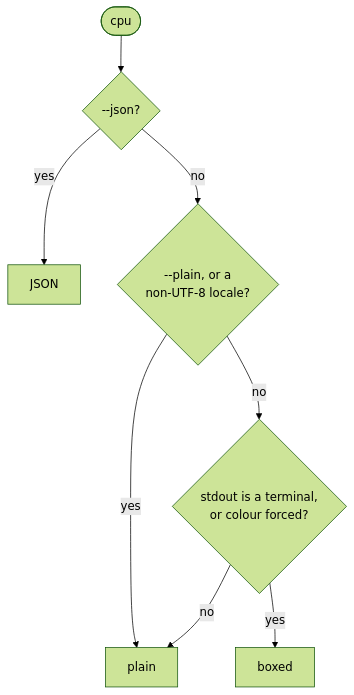
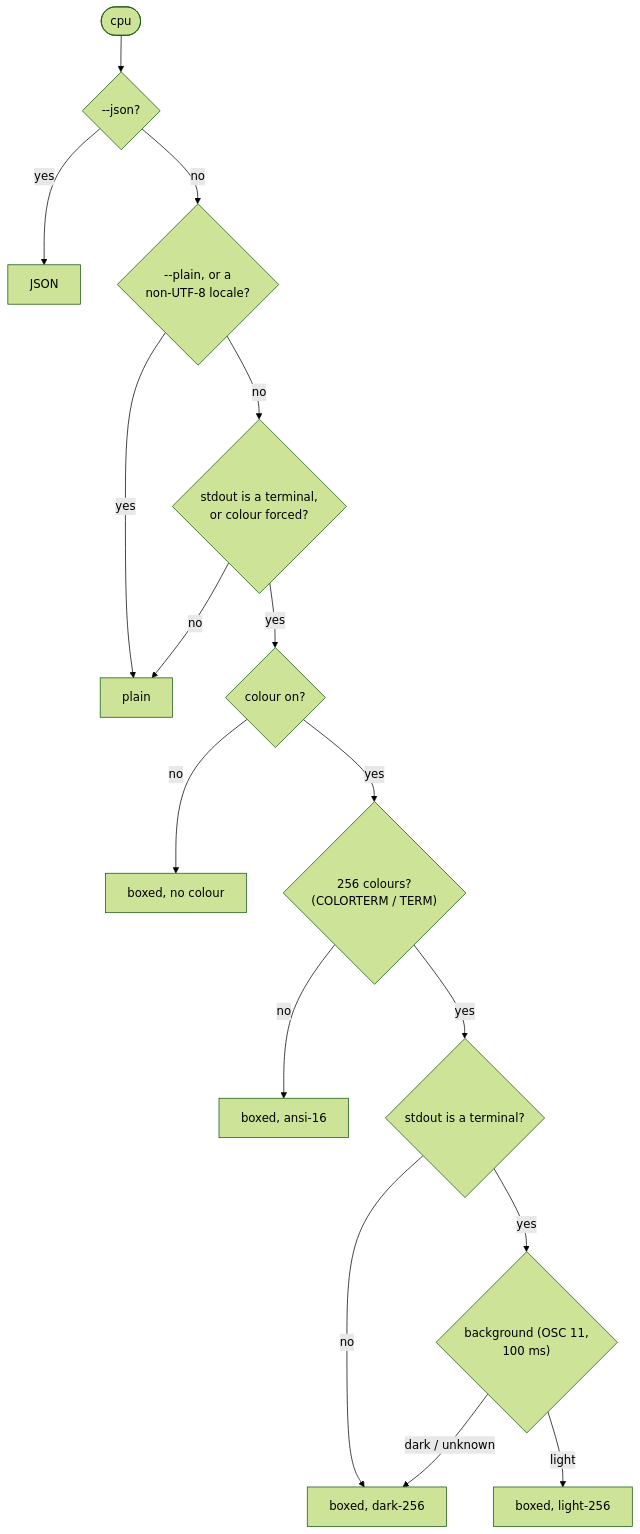
The second of 2 diagrams in docs/architecture.md (priyansh-anand/cpu-cli), drawn with Mermaid (forest theme) before and after one commit. The commit also changed other lines of this file and 2 other files, not shown here.

Commit message:
docs: describe colour, palettes and background detection
Covers what colour means in boxed output, light-background detection,
the 16-colour fallback and TERM=dumb in the README, the role and palette
design with an updated Mermaid mode-selection diagram in the
architecture doc, and the changelog.

````diff
--- a/docs/architecture.md
+++ b/docs/architecture.md
@@ -101,10 +102,18 @@
 ```mermaid
 flowchart TD
     start(["cpu"]) --> json{"--json?"}
     json -- yes --> J["JSON"]
     json -- no --> plainflag{"--plain, or a<br/>non-UTF-8 locale?"}
     plainflag -- yes --> P["plain"]
     plainflag -- no --> where{"stdout is a terminal,<br/>or colour forced?"}
     where -- no --> P
-    where -- yes --> B["boxed"]
+    where -- yes --> colour{"colour on?"}
+    colour -- no --> B["boxed, no colour"]
+    colour -- yes --> depth{"256 colours?<br/>(COLORTERM / TERM)"}
+    depth -- no --> A16["boxed, ansi-16"]
+    depth -- yes --> tty{"stdout is a terminal?"}
+    tty -- no --> D["boxed, dark-256"]
+    tty -- yes --> ask{"background (OSC 11,<br/>100 ms)"}
+    ask -- light --> L["boxed, light-256"]
+    ask -- "dark / unknown" --> D
 ```
````
